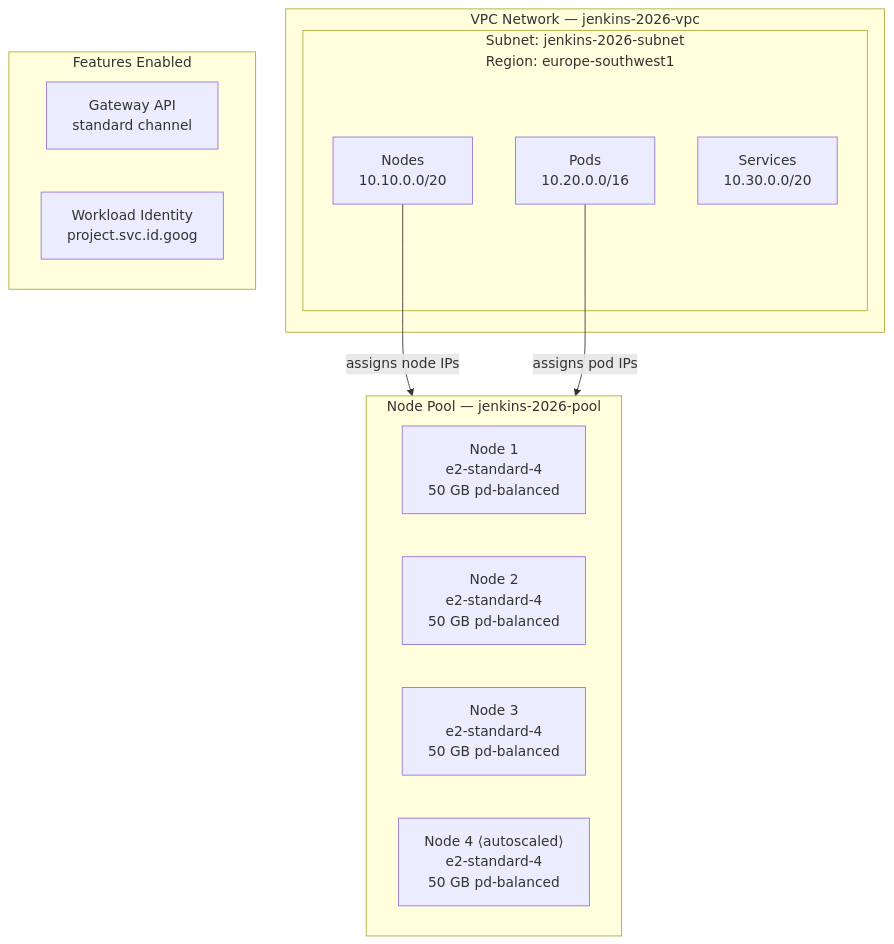
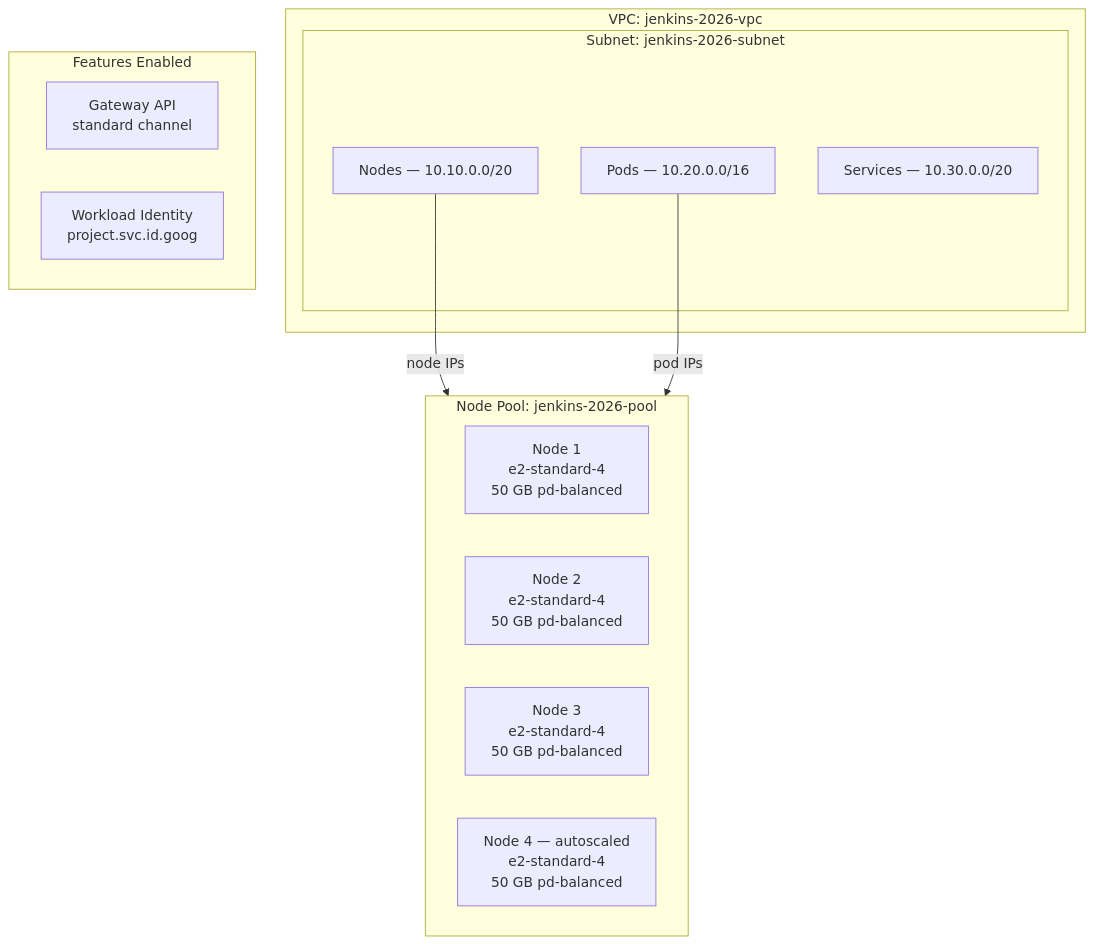
Before and after one commit to nubenetes/jenkins-2026: the seventh of 8 diagrams in README.md, drawn with Mermaid. The commit also changed other lines of this file, not shown here.

First line of the commit message:
docs: aggressively shorten Mermaid node labels to fix remaining text cutoff

````diff
--- a/README.md
+++ b/README.md
@@ -1068,26 +1068,26 @@
 ```mermaid
 graph TD
-    subgraph VPC ["VPC Network — jenkins-2026-vpc"]
-        subgraph Subnet ["Subnet: jenkins-2026-subnet<br>Region: europe-southwest1"]
-            NodeIPs["Nodes<br>10.10.0.0/20"]
-            PodIPs["Pods<br>10.20.0.0/16"]
-            SvcIPs["Services<br>10.30.0.0/20"]
+    subgraph VPC ["VPC: jenkins-2026-vpc"]
+        subgraph Subnet ["Subnet: jenkins-2026-subnet"]
+            NodeIPs["Nodes — 10.10.0.0/20"]
+            PodIPs["Pods — 10.20.0.0/16"]
+            SvcIPs["Services — 10.30.0.0/20"]
         end
     end
 
-    subgraph NodePool ["Node Pool — jenkins-2026-pool"]
+    subgraph NodePool ["Node Pool: jenkins-2026-pool"]
         direction LR
         Node1["Node 1<br>e2-standard-4<br>50 GB pd-balanced"]
         Node2["Node 2<br>e2-standard-4<br>50 GB pd-balanced"]
         Node3["Node 3<br>e2-standard-4<br>50 GB pd-balanced"]
-        Node4["Node 4 ⟨autoscaled⟩<br>e2-standard-4<br>50 GB pd-balanced"]
+        Node4["Node 4 — autoscaled<br>e2-standard-4<br>50 GB pd-balanced"]
     end
 
-    NodeIPs -->|"assigns node IPs"| NodePool
-    PodIPs -->|"assigns pod IPs"| NodePool
+    NodeIPs -->|"node IPs"| NodePool
+    PodIPs -->|"pod IPs"| NodePool
 
     subgraph GKEFeatures ["Features Enabled"]
         GW["Gateway API<br>standard channel"]
         WI["Workload Identity<br>project.svc.id.goog"]
     end
 ```
````
